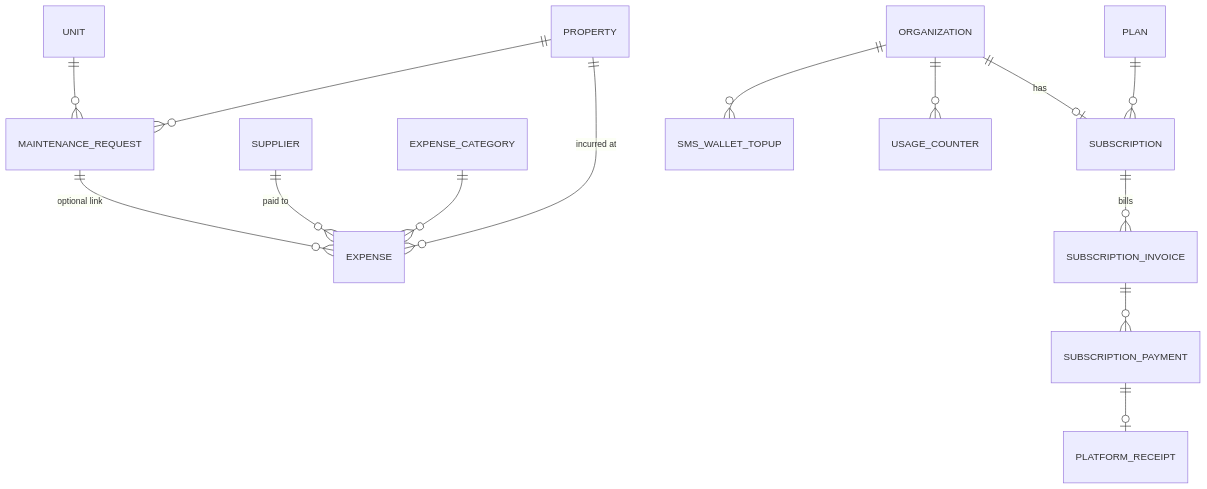
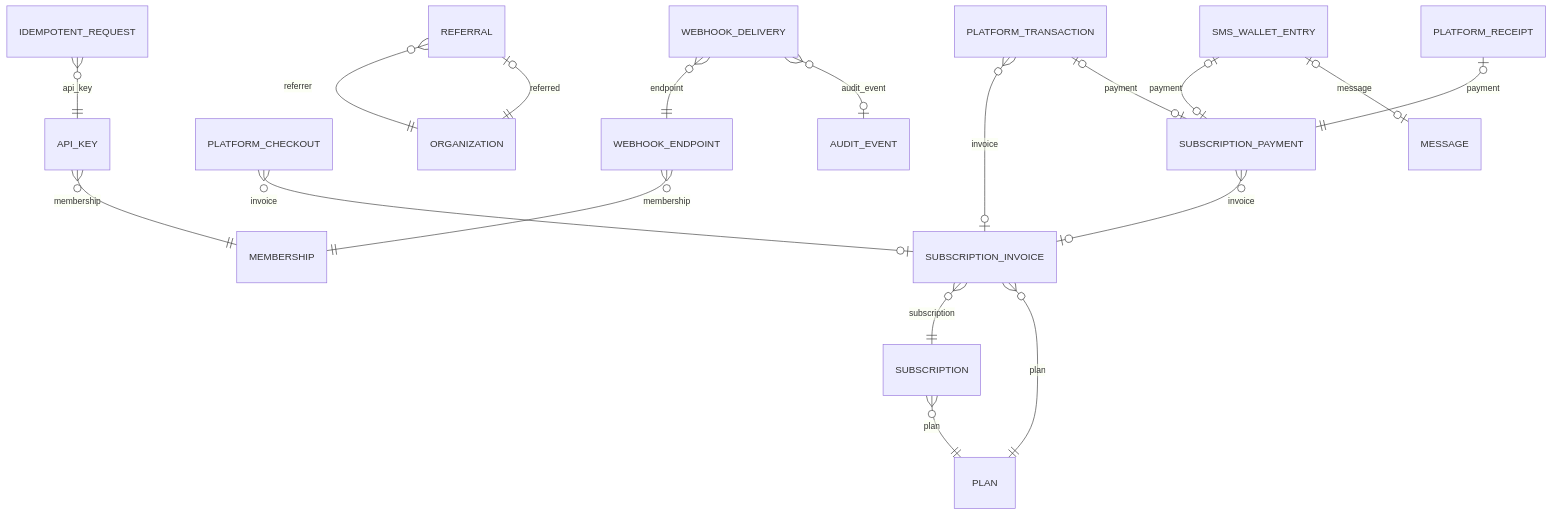
The sixth of 6 diagrams in config/docs/erd.md (meshacklimok/landlordpms), drawn with Mermaid before and after one commit. The commit also changed other lines of this file and 251 other files, not shown here.

````diff
--- a/config/docs/erd.md
+++ b/config/docs/erd.md
@@ -68,16 +198,20 @@
 ```mermaid
 erDiagram
-    PROPERTY ||--o{ EXPENSE : "incurred at"
-    EXPENSE_CATEGORY ||--o{ EXPENSE : ""
-    SUPPLIER ||--o{ EXPENSE : "paid to"
-    MAINTENANCE_REQUEST ||--o{ EXPENSE : "optional link"
-    PROPERTY ||--o{ MAINTENANCE_REQUEST : ""
-    UNIT ||--o{ MAINTENANCE_REQUEST : ""
-    PLAN ||--o{ SUBSCRIPTION : ""
-    ORGANIZATION ||--o| SUBSCRIPTION : has
-    SUBSCRIPTION ||--o{ SUBSCRIPTION_INVOICE : bills
-    SUBSCRIPTION_INVOICE ||--o{ SUBSCRIPTION_PAYMENT : ""
-    SUBSCRIPTION_PAYMENT ||--o| PLATFORM_RECEIPT : ""
-    ORGANIZATION ||--o{ SMS_WALLET_TOPUP : ""
-    ORGANIZATION ||--o{ USAGE_COUNTER : ""
+    API_KEY }o--|| MEMBERSHIP : "membership"
+    IDEMPOTENT_REQUEST }o--|| API_KEY : "api_key"
+    PLATFORM_CHECKOUT }o--o| SUBSCRIPTION_INVOICE : "invoice"
+    PLATFORM_RECEIPT |o--|| SUBSCRIPTION_PAYMENT : "payment"
+    PLATFORM_TRANSACTION }o--o| SUBSCRIPTION_INVOICE : "invoice"
+    PLATFORM_TRANSACTION |o--o| SUBSCRIPTION_PAYMENT : "payment"
+    REFERRAL }o--|| ORGANIZATION : "referrer"
+    REFERRAL |o--|| ORGANIZATION : "referred"
+    SMS_WALLET_ENTRY |o--o| SUBSCRIPTION_PAYMENT : "payment"
+    SMS_WALLET_ENTRY |o--o| MESSAGE : "message"
+    SUBSCRIPTION }o--|| PLAN : "plan"
+    SUBSCRIPTION_INVOICE }o--|| SUBSCRIPTION : "subscription"
+    SUBSCRIPTION_INVOICE }o--|| PLAN : "plan"
+    SUBSCRIPTION_PAYMENT }o--o| SUBSCRIPTION_INVOICE : "invoice"
+    WEBHOOK_DELIVERY }o--|| WEBHOOK_ENDPOINT : "endpoint"
+    WEBHOOK_DELIVERY }o--o| AUDIT_EVENT : "audit_event"
+    WEBHOOK_ENDPOINT }o--|| MEMBERSHIP : "membership"
 ```
````
